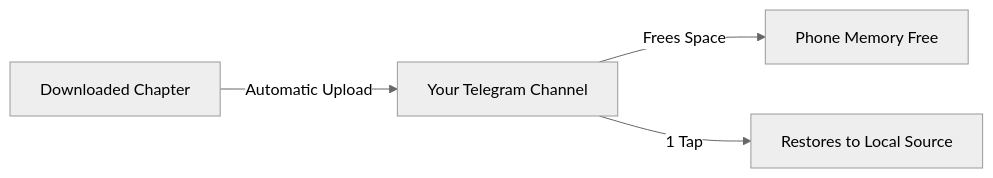
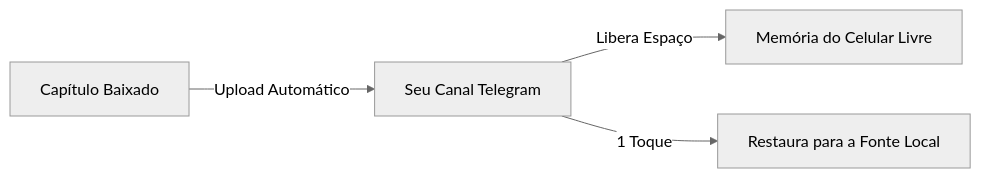
One commit to kiritsuguxs/Yomotsu-Oficial changed the diagram in README.md. Above: the diagram before and after it, drawn with Mermaid (neutral theme). The commit also changed other lines of this file and 3 other files, not shown here.

````diff
--- a/README.md
+++ b/README.md
@@ -131,6 +130,6 @@
 ```mermaid
 flowchart LR
-    A[Downloaded Chapter] -->|Automatic Upload| B[Your Telegram Channel]
-    B -->|Frees Space| C[Phone Memory Free]
-    B -->|1 Tap| D[Restores to Local Source]
+    A[Capítulo Baixado] -->|Upload Automático| B[Seu Canal Telegram]
+    B -->|Libera Espaço| C[Memória do Celular Livre]
+    B -->|1 Toque| D[Restaura para a Fonte Local]
 ```
````
